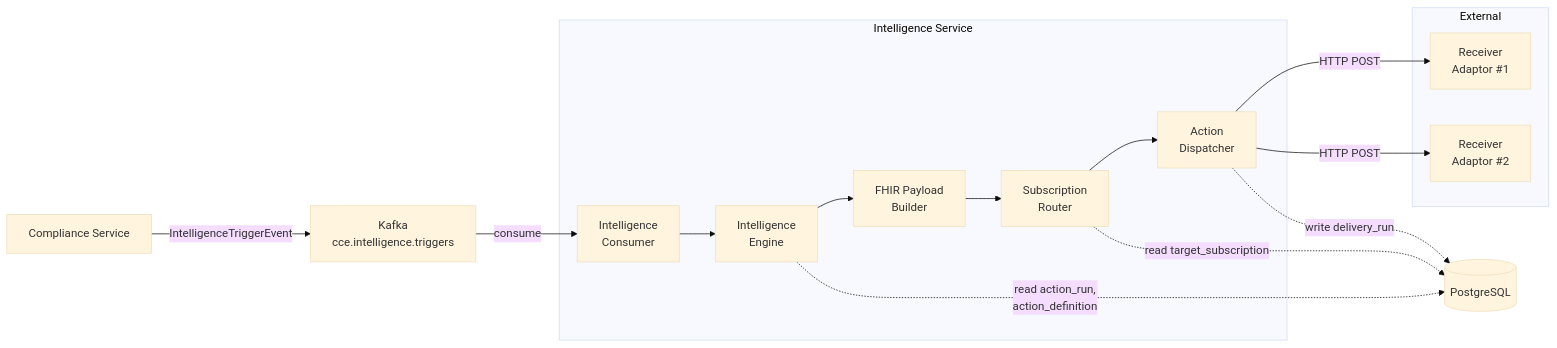
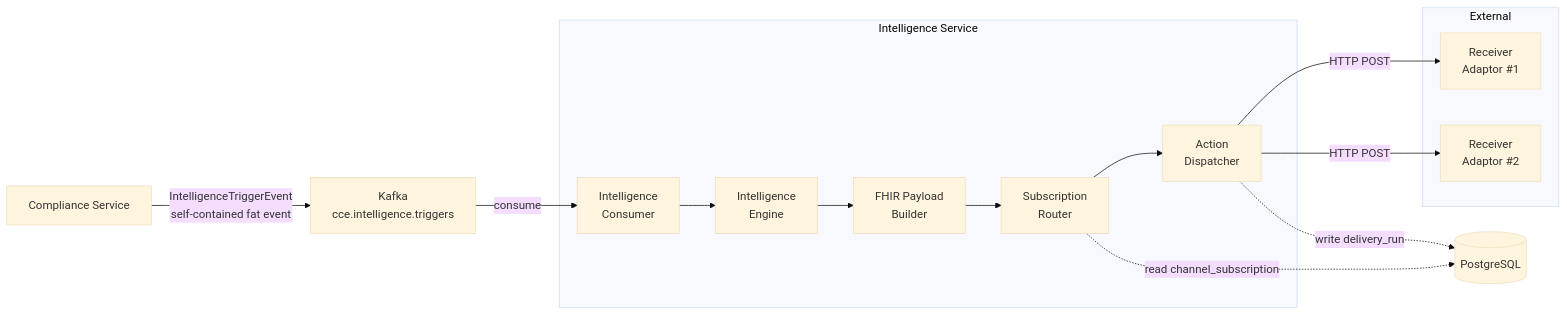
The first of 13 diagrams in docs/flow-diagrams.md (Jayaprakash8887/cce-intelligence-service), drawn with Mermaid (base theme) before and after one commit. The commit also changed other lines of this file and 6 other files, not shown here.

Commit message:
documentation update with channel instead of target and FHIR rep of receiver adaptors

````diff
--- a/docs/flow-diagrams.md
+++ b/docs/flow-diagrams.md
@@ -24,28 +24,27 @@
 ```mermaid
 flowchart LR
-    CS[Compliance Service] -->|IntelligenceTriggerEvent| K[Kafka<br/>cce.intelligence.triggers]
+    CS[Compliance Service] -->|IntelligenceTriggerEvent<br/>self-contained fat event| K[Kafka<br/>cce.intelligence.triggers]
     K -->|consume| IC[Intelligence<br/>Consumer]
     IC --> IE[Intelligence<br/>Engine]
     IE --> FB[FHIR Payload<br/>Builder]
     FB --> SR[Subscription<br/>Router]
     SR --> AD[Action<br/>Dispatcher]
     AD -->|HTTP POST| RA1[Receiver<br/>Adaptor #1]
     AD -->|HTTP POST| RA2[Receiver<br/>Adaptor #2]
 
     subgraph Intelligence Service
         IC
         IE
         FB
         SR
         AD
     end
 
     subgraph External
         RA1
         RA2
     end
 
-    IE -.->|read action_run,<br/>action_definition| DB[(PostgreSQL)]
-    SR -.->|read target_subscription| DB
+    SR -.->|read channel_subscription| DB[(PostgreSQL)]
     AD -.->|write delivery_run| DB
 ```
````
